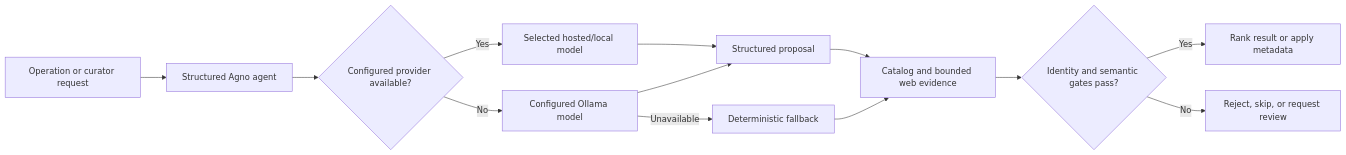
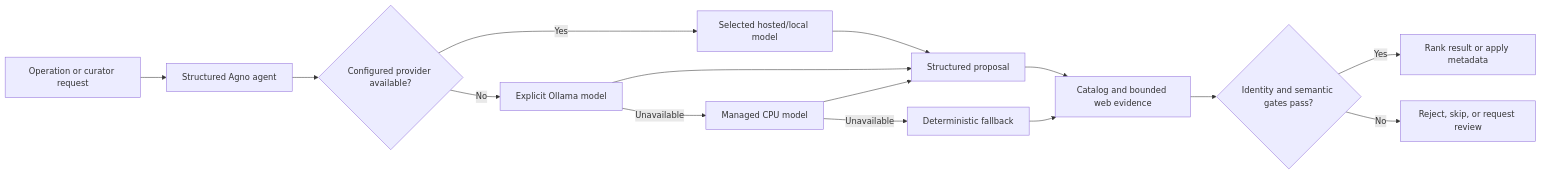
The sixth of 6 diagrams in docs/HIGH_LEVEL_DESIGN.md (DhimanGhosh/YouTube_Media_Studio), drawn with Mermaid before and after one commit. The commit also changed other lines of this file and 22 other files, not shown here.

Commit message:
feat!: add zero-configuration built-in CPU AI

````diff
--- a/docs/HIGH_LEVEL_DESIGN.md
+++ b/docs/HIGH_LEVEL_DESIGN.md
@@ -179,16 +179,18 @@
 ```mermaid
 flowchart LR
     Request["Operation or curator request"] --> Planner["Structured Agno agent"]
     Planner --> Primary{"Configured provider available?"}
     Primary -->|Yes| Hosted["Selected hosted/local model"]
-    Primary -->|No| Fallback["Configured Ollama model"]
-    Fallback -->|Unavailable| Static["Deterministic fallback"]
+    Primary -->|No| Fallback["Explicit Ollama model"]
+    Fallback -->|Unavailable| BuiltIn["Managed CPU model"]
+    BuiltIn -->|Unavailable| Static["Deterministic fallback"]
 
     Hosted --> Proposed["Structured proposal"]
     Fallback --> Proposed
+    BuiltIn --> Proposed
     Proposed --> Evidence["Catalog and bounded web evidence"]
     Static --> Evidence
     Evidence --> Gate{"Identity and semantic gates pass?"}
     Gate -->|Yes| Apply["Rank result or apply metadata"]
     Gate -->|No| Review["Reject, skip, or request review"]
 ```
````
